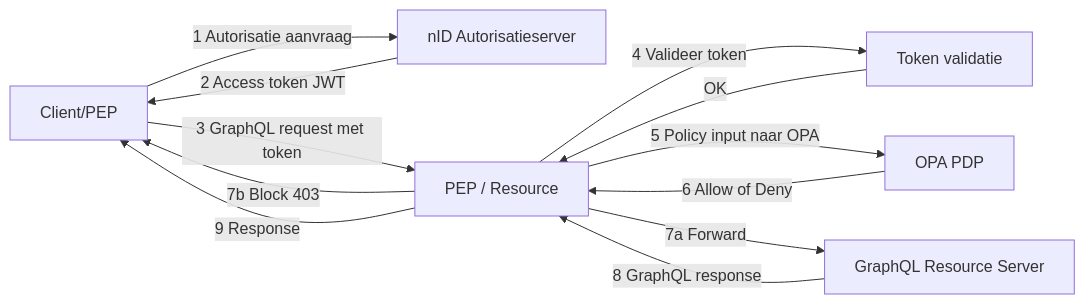
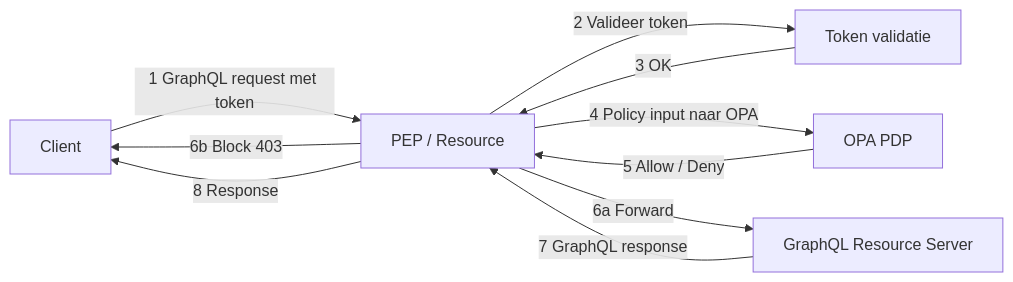
One commit to iStandaarden/iWlz-RequestForComment changed the first of 3 diagrams in RFC/RFC0052 - Autorisatie standaardisatie.md. Above: the diagram before and after it, drawn with Mermaid. The commit also changed other lines of this file, not shown here.

````diff
--- a/RFC/RFC0052 - Autorisatie standaardisatie.md
+++ b/RFC/RFC0052 - Autorisatie standaardisatie.md
@@ -90,21 +94,22 @@
 ```mermaid
 flowchart LR
-  C[Client/PEP]
-  AS[nID Autorisatieserver]
+  C[Client]
   PEP[PEP / Resource]
+  V[Token validatie]
   PDP[OPA PDP]
   RS[GraphQL Resource Server]
-  V[Token validatie]
 
-  C -->|1 Autorisatie aanvraag| AS
-  AS -->|2 Access token JWT| C
-  C -->|3 GraphQL request met token| PEP
-  PEP -->|4 Valideer token| V
-  V -->|OK| PEP
-  PEP -->|5 Policy input naar OPA| PDP
-  PDP -->|6 Allow of Deny| PEP
-  PEP -->|7a Forward| RS
-  PEP -->|7b Block 403| C
-  RS -->|8 GraphQL response| PEP
-  PEP -->|9 Response| C
+  C -->|1 GraphQL request met token| PEP
+
+  PEP -->|2 Valideer token| V
+  V -->|3 OK| PEP
+
+  PEP -->|4 Policy input naar OPA| PDP
+  PDP -->|5 Allow / Deny| PEP
+
+  PEP -->|6a Forward| RS
+  PEP -->|6b Block 403| C
+
+  RS -->|7 GraphQL response| PEP
+  PEP -->|8 Response| C
 ```
````
